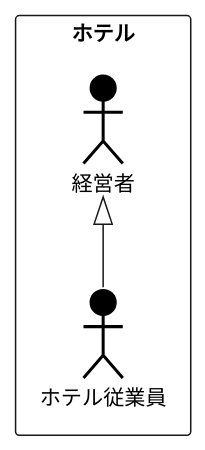
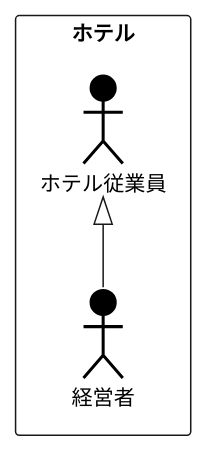
The diagram in 演習2-2_ホテル従業員.pu (marute0215/uml-introduction), drawn with PlantUML before and after one commit.

Commit message:
修正

```diff
--- a/演習2-2_ホテル従業員.pu
+++ b/演習2-2_ホテル従業員.pu
@@ -1,9 +1,9 @@
 @startuml ユースケース図
 ' left to right direction
 
 rectangle ホテル{
     actor 経営者 #000000;line:Black;line.bold;
     actor ホテル従業員 #000000;line:Black;line.bold;
 }
-経営者<|-- ホテル従業員
+ホテル従業員<|-- 経営者
 @enduml
```
